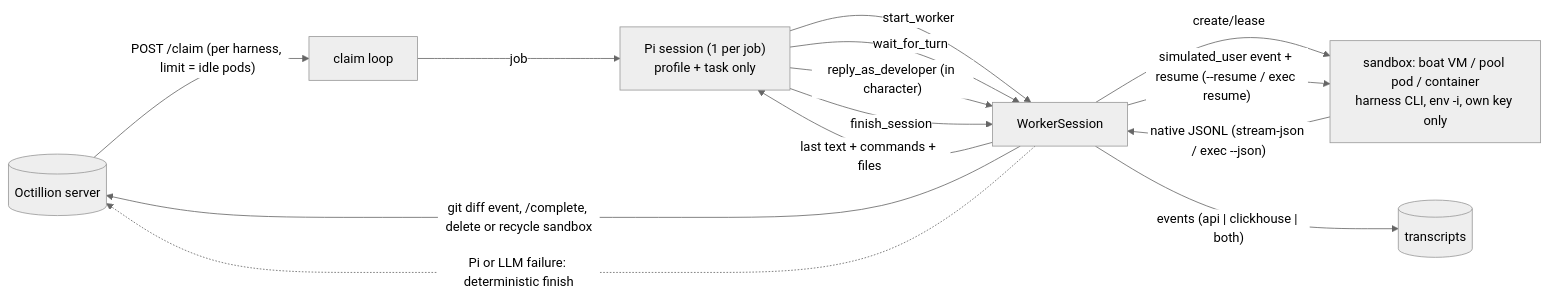
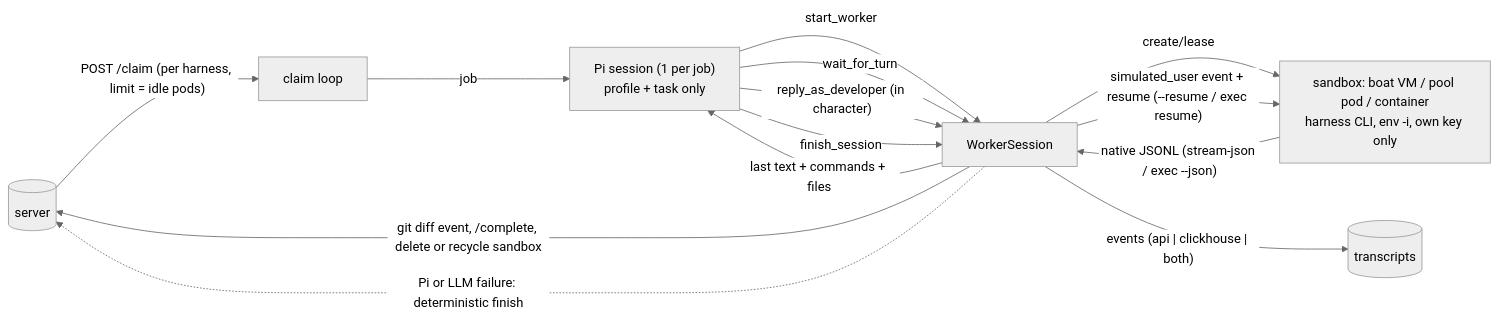
Before and after one commit to never2average/software-factory: the diagram in molds/mold_v0/codebase/orchestrator/README.md, drawn with Mermaid (neutral theme). The commit also changed other lines of this file and 240 other files, not shown here.

````diff
--- a/molds/mold_v0/codebase/orchestrator/README.md
+++ b/molds/mold_v0/codebase/orchestrator/README.md
@@ -162,16 +162,16 @@
 ```mermaid
 flowchart LR
-  S[(Octillion server)] -- "POST /claim (per harness, limit = idle pods)" --> L[claim loop]
+  S[(server)] -- "POST /claim (per harness, limit = idle pods)" --> L[claim loop]
   L -- job --> P["Pi session (1 per job)<br/>profile + task only"]
   P -- start_worker --> W[WorkerSession]
   W -- create/lease --> V["sandbox: boat VM / pool pod / container<br/>harness CLI, env -i, own key only"]
   V -- "native JSONL (stream-json / exec --json)" --> W
   P -- wait_for_turn --> W
   W -- "last text + commands + files" --> P
   P -- "reply_as_developer (in character)" --> W
   W -- "simulated_user event + resume (--resume / exec resume)" --> V
   P -- finish_session --> W
   W -- "events (api | clickhouse | both)" --> T[(transcripts)]
   W -- "git diff event, /complete, delete or recycle sandbox" --> S
   W -. "Pi or LLM failure: deterministic finish" .-> S
 ```
````
